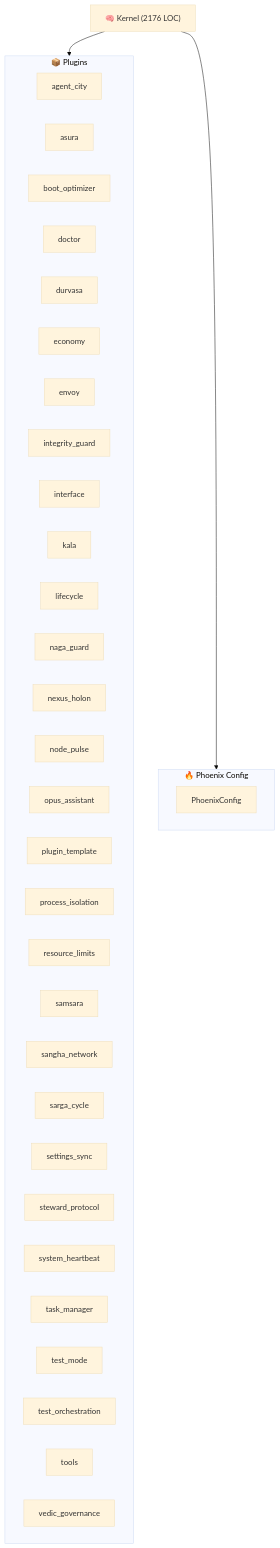
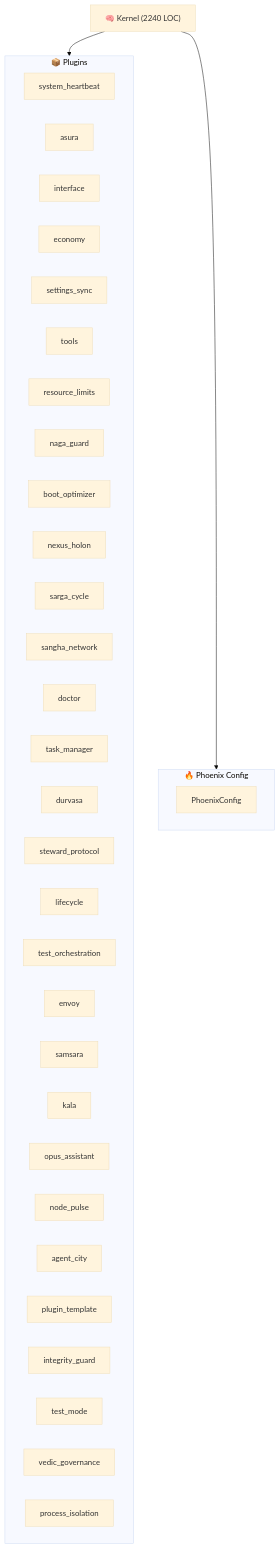
Before and after one commit to kimeisele/steward-protocol: the diagram in ARCHITECTURE.md, drawn with Mermaid (base theme). The commit also changed other lines of this file and 10 other files, not shown here.

````diff
--- a/ARCHITECTURE.md
+++ b/ARCHITECTURE.md
@@ -8,40 +8,40 @@
 ```mermaid
 graph TB
-    K["🧠 Kernel (2176 LOC)"]
+    K["🧠 Kernel (2240 LOC)"]
     subgraph Plugins["📦 Plugins"]
+        P_system_heartbeat["system_heartbeat"]
+        P_asura["asura"]
+        P_interface["interface"]
+        P_economy["economy"]
+        P_settings_sync["settings_sync"]
+        P_tools["tools"]
+        P_resource_limits["resource_limits"]
+        P_naga_guard["naga_guard"]
+        P_boot_optimizer["boot_optimizer"]
+        P_nexus_holon["nexus_holon"]
+        P_sarga_cycle["sarga_cycle"]
+        P_sangha_network["sangha_network"]
+        P_doctor["doctor"]
+        P_task_manager["task_manager"]
+        P_durvasa["durvasa"]
+        P_steward_protocol["steward_protocol"]
+        P_lifecycle["lifecycle"]
+        P_test_orchestration["test_orchestration"]
+        P_envoy["envoy"]
+        P_samsara["samsara"]
+        P_kala["kala"]
+        P_opus_assistant["opus_assistant"]
+        P_node_pulse["node_pulse"]
         P_agent_city["agent_city"]
-        P_asura["asura"]
-        P_boot_optimizer["boot_optimizer"]
-        P_doctor["doctor"]
-        P_durvasa["durvasa"]
-        P_economy["economy"]
-        P_envoy["envoy"]
+        P_plugin_template["plugin_template"]
         P_integrity_guard["integrity_guard"]
-        P_interface["interface"]
-        P_kala["kala"]
-        P_lifecycle["lifecycle"]
-        P_naga_guard["naga_guard"]
-        P_nexus_holon["nexus_holon"]
-        P_node_pulse["node_pulse"]
-        P_opus_assistant["opus_assistant"]
-        P_plugin_template["plugin_template"]
+        P_test_mode["test_mode"]
+        P_vedic_governance["vedic_governance"]
         P_process_isolation["process_isolation"]
-        P_resource_limits["resource_limits"]
-        P_samsara["samsara"]
-        P_sangha_network["sangha_network"]
-        P_sarga_cycle["sarga_cycle"]
-        P_settings_sync["settings_sync"]
-        P_steward_protocol["steward_protocol"]
-        P_system_heartbeat["system_heartbeat"]
-        P_task_manager["task_manager"]
-        P_test_mode["test_mode"]
-        P_test_orchestration["test_orchestration"]
-        P_tools["tools"]
-        P_vedic_governance["vedic_governance"]
     end
     K --> Plugins
     subgraph Config["🔥 Phoenix Config"]
         PC[PhoenixConfig]
     end
     K --> Config
 ```
````
